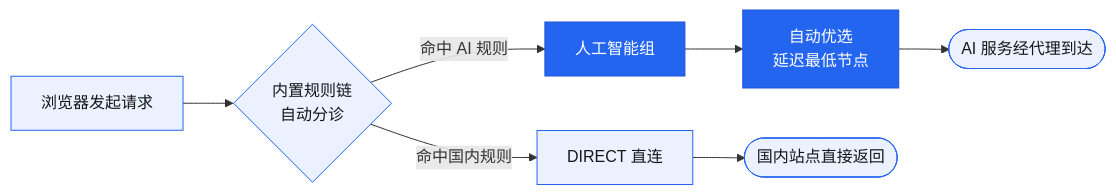
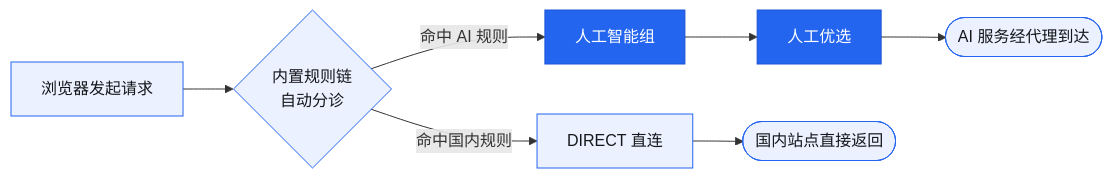
One commit to akaspyrean/clashedge changed the first of 3 diagrams in README.md. Above: the diagram before and after it, drawn with Mermaid. The commit also changed other lines of this file, not shown here.

````diff
--- a/README.md
+++ b/README.md
@@ -40,13 +38,13 @@
 ```mermaid
 flowchart LR
     A["浏览器发起请求"] --> B{"内置规则链<br/>自动分诊"}
     B -- "命中 AI 规则" --> C["人工智能组"]
     B -- "命中国内规则" --> D["DIRECT 直连"]
-    C --> E["自动优选<br/>延迟最低节点"]
+    C --> E["人工优选"]
     E --> F(["AI 服务经代理到达"])
     D --> G(["国内站点直接返回"])
     classDef brand fill:#2465F0,stroke:#1C55D4,color:#FFFFFF
     classDef soft fill:#EBF1FE,stroke:#2465F0,color:#15171B
     class C,E brand
     class A,B,D,F,G soft
 ```
````
